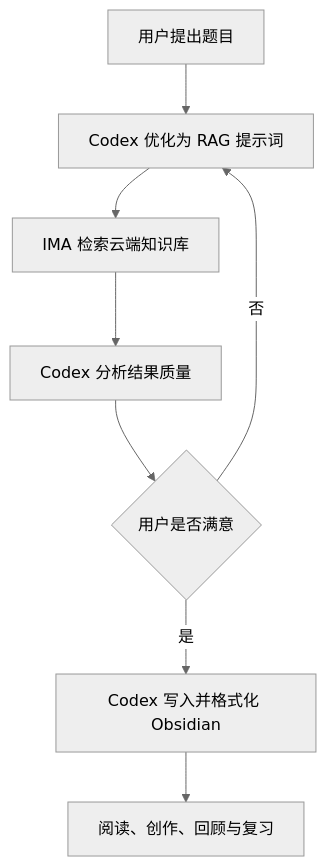
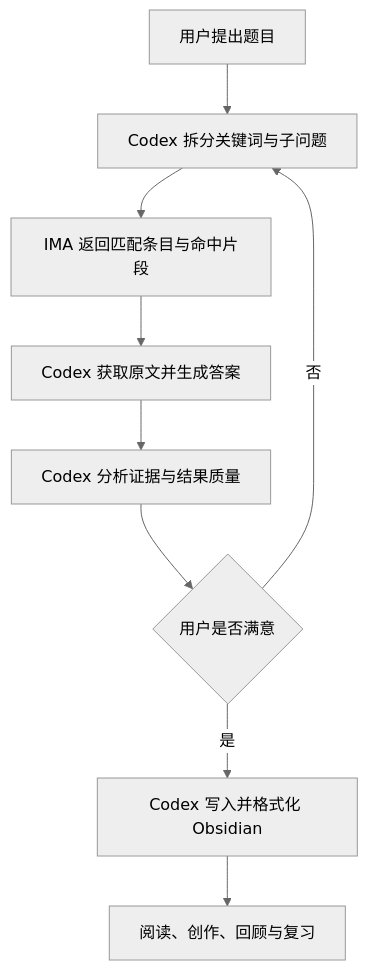
One commit to huangning-ring/obsidian-vault changed the diagram in 26出国灵感/IMA云端知识库—Codex—Obsidian工作流.md. Above: the diagram before and after it, drawn with Mermaid (neutral theme). The commit also changed other lines of this file, not shown here.

````diff
--- a/26出国灵感/IMA云端知识库—Codex—Obsidian工作流.md
+++ b/26出国灵感/IMA云端知识库—Codex—Obsidian工作流.md
@@ -46,10 +53,11 @@
 ```mermaid
 flowchart TD
-    A["用户提出题目"] --> B["Codex 优化为 RAG 提示词"]
-    B --> C["IMA 检索云端知识库"]
-    C --> D["Codex 分析结果质量"]
-    D --> E{"用户是否满意"}
+    A["用户提出题目"] --> B["Codex 拆分关键词与子问题"]
+    B --> C["IMA 返回匹配条目与命中片段"]
+    C --> D["Codex 获取原文并生成答案"]
+    D --> H["Codex 分析证据与结果质量"]
+    H --> E{"用户是否满意"}
     E -->|否| B
     E -->|是| F["Codex 写入并格式化 Obsidian"]
     F --> G["阅读、创作、回顾与复习"]
 ```
````
